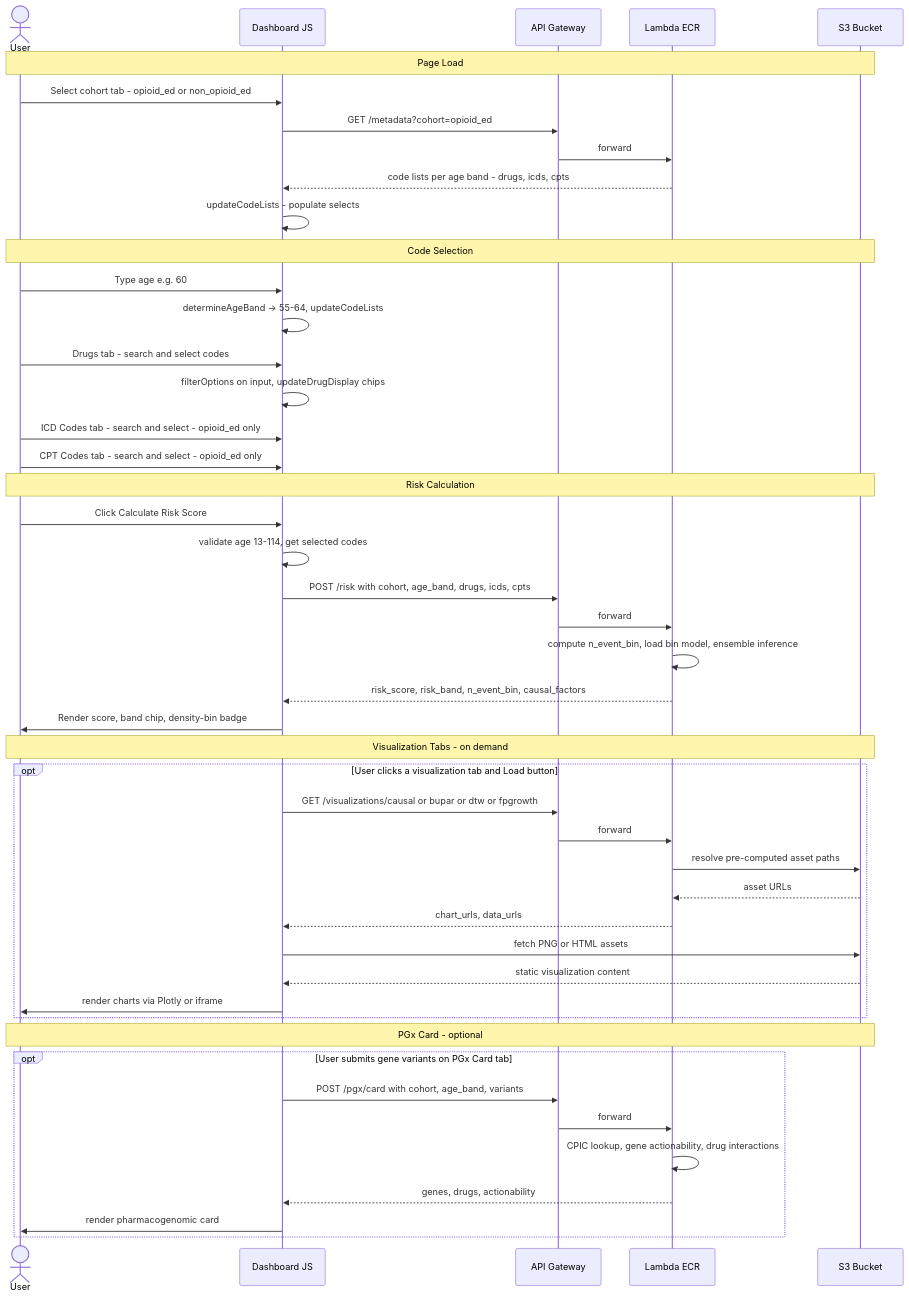
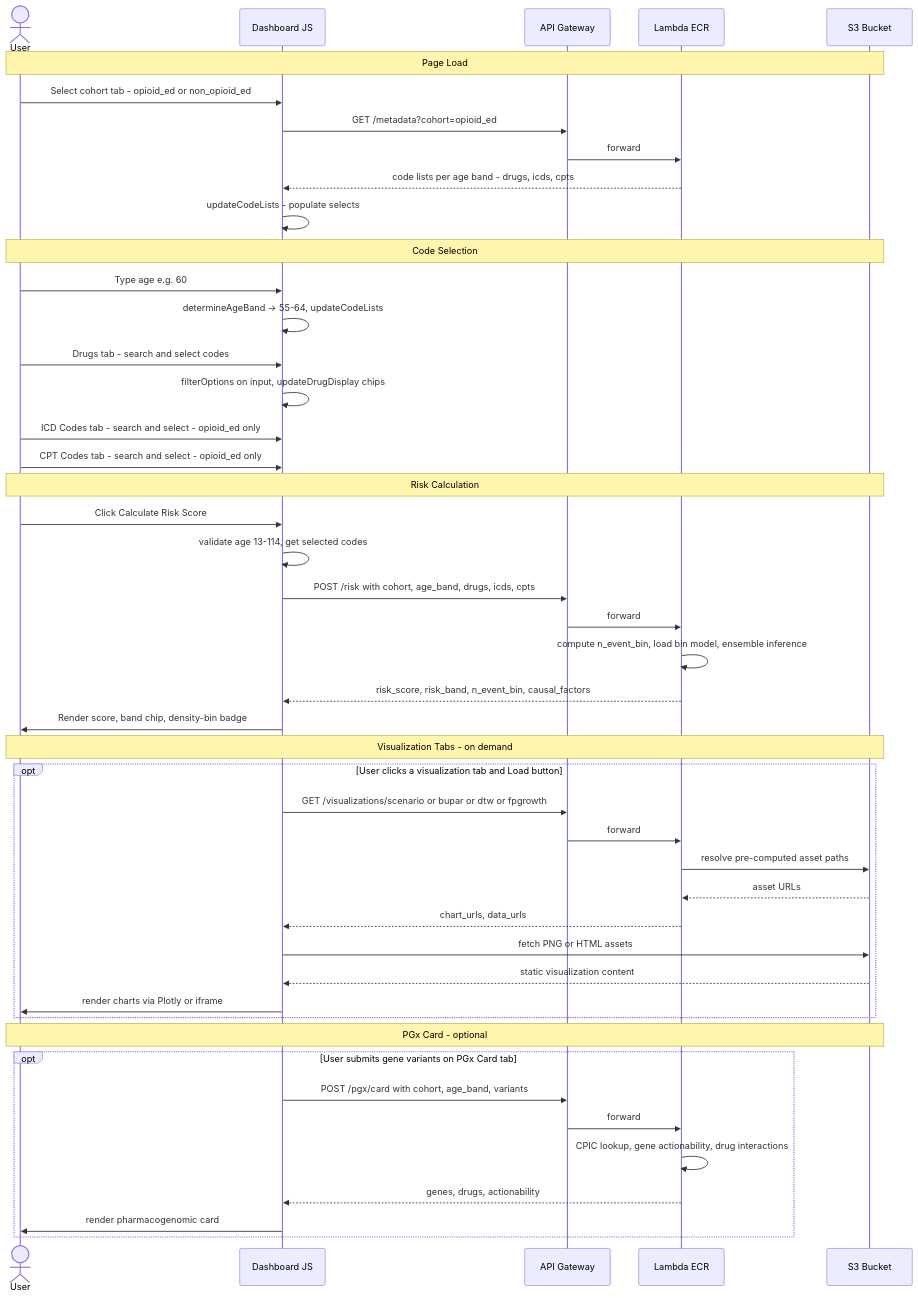
One commit to Jerome3590/pgx-analysis changed the third of 13 diagrams in 10_risk_dashboard/README.md. Above: the diagram before and after it, drawn with Mermaid. The commit also changed other lines of this file and 13 other files, not shown here.

First line of the commit message:
Rename dashboard causal paths and docs to scenario.

````diff
--- a/10_risk_dashboard/README.md
+++ b/10_risk_dashboard/README.md
@@ -368,55 +368,55 @@
 ```mermaid
 sequenceDiagram
     actor User
     participant JS as Dashboard JS
     participant APIGW as API Gateway
     participant Lambda as Lambda ECR
     participant S3 as S3 Bucket
 
     Note over User,S3: Page Load
     User->>JS: Select cohort tab - opioid_ed or non_opioid_ed
     JS->>APIGW: GET /metadata?cohort=opioid_ed
     APIGW->>Lambda: forward
     Lambda-->>JS: code lists per age band - drugs, icds, cpts
     JS->>JS: updateCodeLists - populate selects
 
     Note over User,S3: Code Selection
     User->>JS: Type age e.g. 60
     JS->>JS: determineAgeBand → 55-64, updateCodeLists
 
     User->>JS: Drugs tab - search and select codes
     JS->>JS: filterOptions on input, updateDrugDisplay chips
 
     User->>JS: ICD Codes tab - search and select - opioid_ed only
     User->>JS: CPT Codes tab - search and select - opioid_ed only
 
     Note over User,S3: Risk Calculation
     User->>JS: Click Calculate Risk Score
     JS->>JS: validate age 13-114, get selected codes
     JS->>APIGW: POST /risk with cohort, age_band, drugs, icds, cpts
     APIGW->>Lambda: forward
     Lambda->>Lambda: compute n_event_bin, load bin model, ensemble inference
     Lambda-->>JS: risk_score, risk_band, n_event_bin, causal_factors
     JS->>User: Render score, band chip, density-bin badge
 
     Note over User,S3: Visualization Tabs - on demand
     opt User clicks a visualization tab and Load button
-        JS->>APIGW: GET /visualizations/causal or bupar or dtw or fpgrowth
+        JS->>APIGW: GET /visualizations/scenario or bupar or dtw or fpgrowth
         APIGW->>Lambda: forward
         Lambda->>S3: resolve pre-computed asset paths
         S3-->>Lambda: asset URLs
         Lambda-->>JS: chart_urls, data_urls
         JS->>S3: fetch PNG or HTML assets
         S3-->>JS: static visualization content
         JS->>User: render charts via Plotly or iframe
     end
 
     Note over User,S3: PGx Card - optional
     opt User submits gene variants on PGx Card tab
         JS->>APIGW: POST /pgx/card with cohort, age_band, variants
         APIGW->>Lambda: forward
         Lambda->>Lambda: CPIC lookup, gene actionability, drug interactions
         Lambda-->>JS: genes, drugs, actionability
         JS->>User: render pharmacogenomic card
     end
 ```
````
